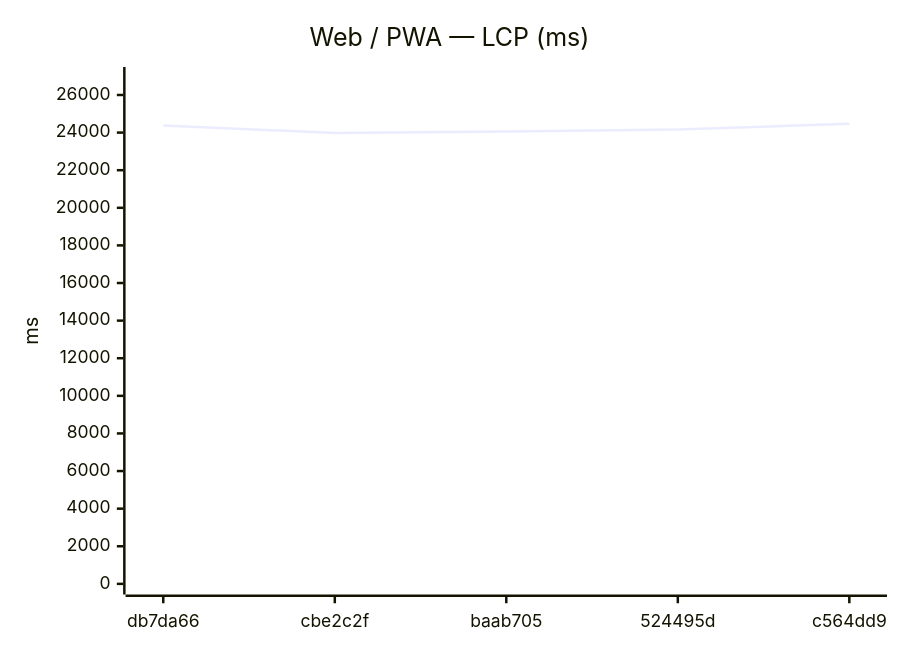
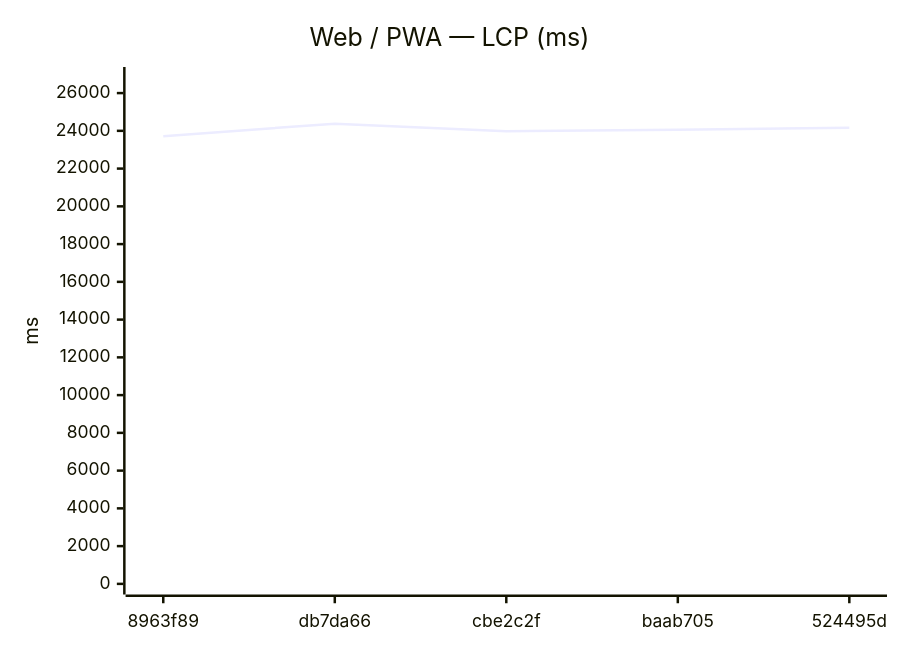
One commit to Metaheurist/Rianell changed the fifth of 12 diagrams in benchmarks/compare.md. Above: the diagram before and after it, drawn with Mermaid. The commit also changed other lines of this file and 8 other files, not shown here.

````diff
--- a/benchmarks/compare.md
+++ b/benchmarks/compare.md
@@ -82,7 +82,7 @@
 ```mermaid
 xychart-beta
     title "Web / PWA — LCP (ms)"
-    x-axis ["db7da66", "cbe2c2f", "baab705", "524495d", "c564dd9"]
-    y-axis "ms" 0 --> 26923
-    line [24380, 23980, 24058, 24158, 24475]
+    x-axis ["8963f89", "db7da66", "cbe2c2f", "baab705", "524495d"]
+    y-axis "ms" 0 --> 26819
+    line [23715, 24380, 23980, 24058, 24158]
 ```
````
